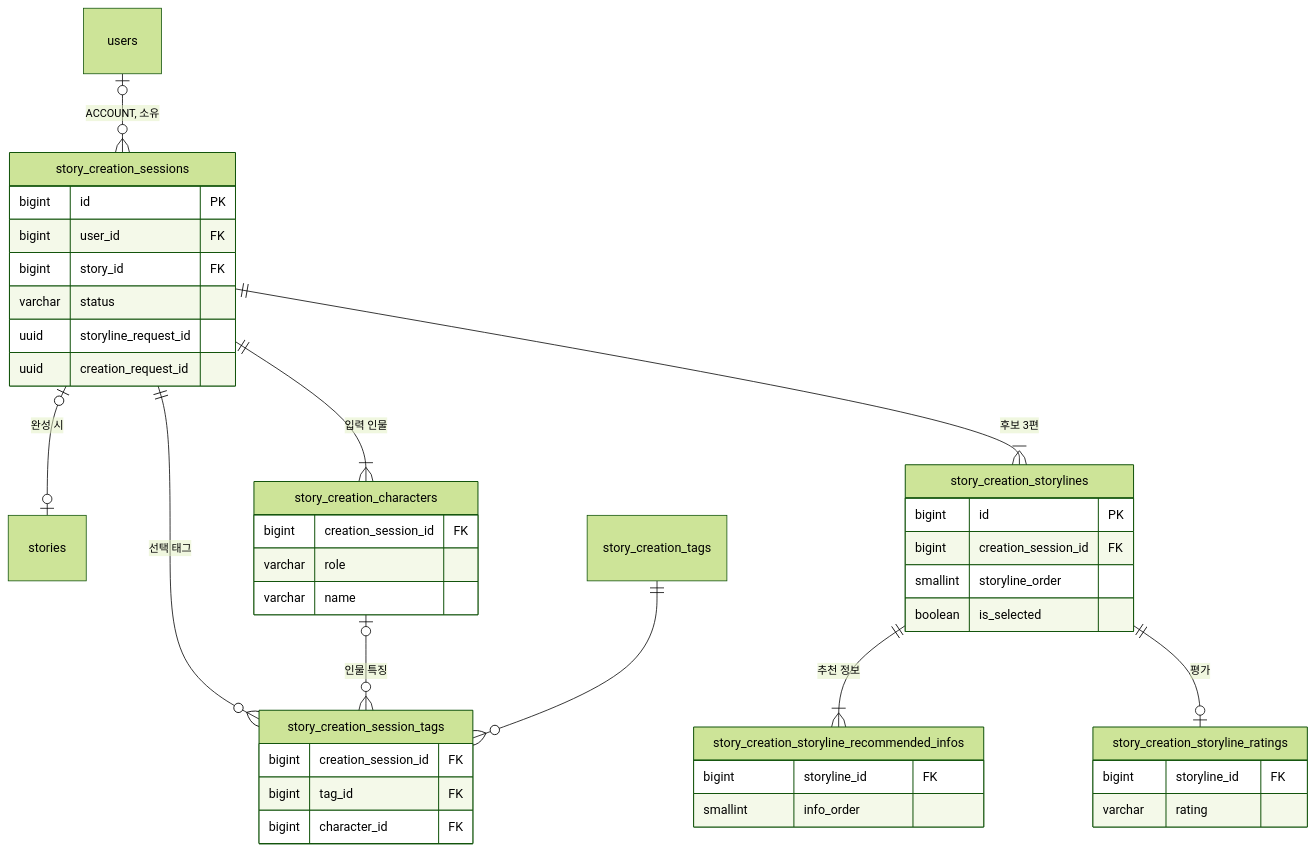
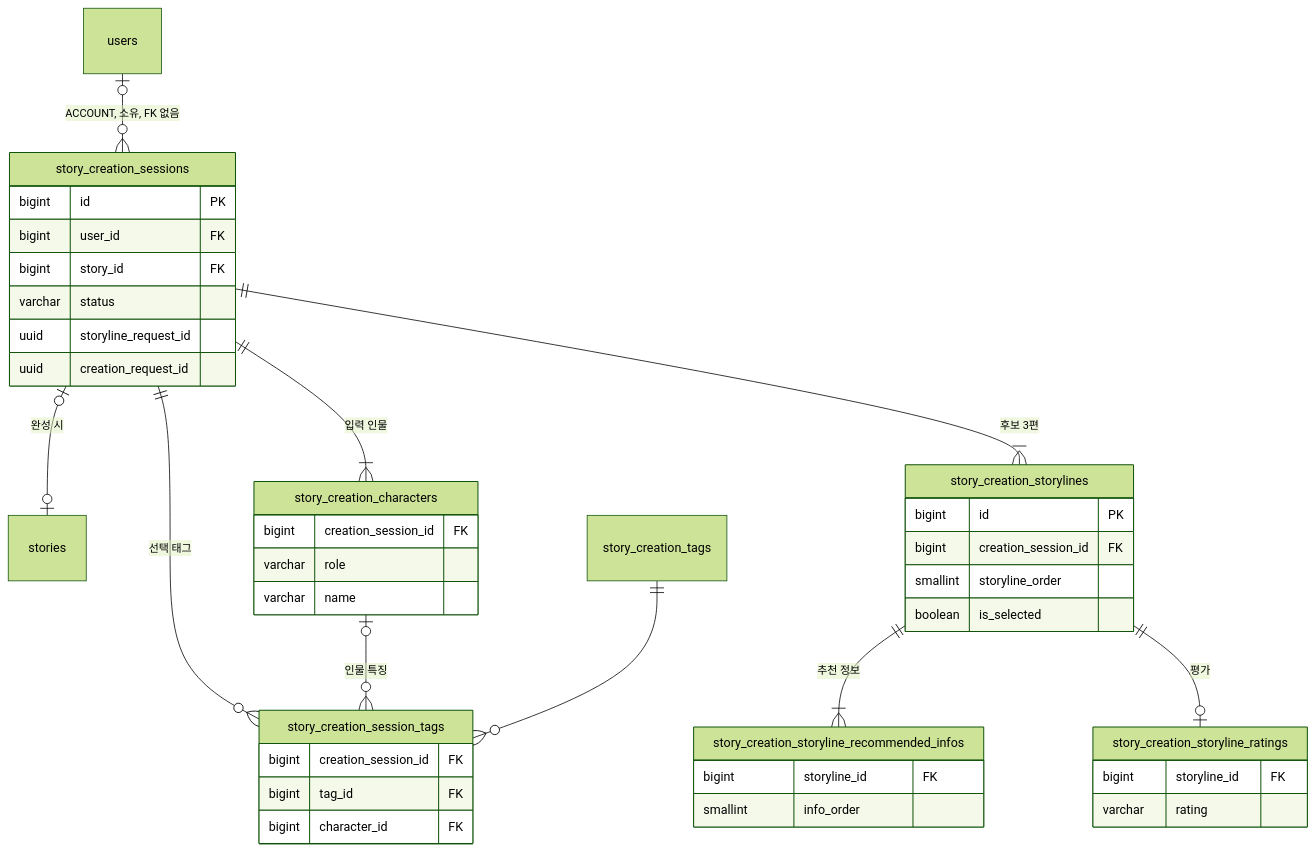
Before and after one commit to KIM-N-KANG/knk-harness: the second of 3 diagrams in docs/domain/STORY/BACKEND/3-2-DB-SCHEMA.md, drawn with Mermaid (forest theme). The commit also changed other lines of this file and 10 other files, not shown here.

````diff
--- a/docs/domain/STORY/BACKEND/3-2-DB-SCHEMA.md
+++ b/docs/domain/STORY/BACKEND/3-2-DB-SCHEMA.md
@@ -120,44 +120,44 @@
 ```mermaid
 erDiagram
-    users |o--o{ story_creation_sessions : "ACCOUNT, 소유"
+    users |o--o{ story_creation_sessions : "ACCOUNT, 소유, FK 없음"
     story_creation_sessions |o--o| stories : "완성 시"
     story_creation_sessions ||--|{ story_creation_characters : "입력 인물"
     story_creation_sessions ||--o{ story_creation_session_tags : "선택 태그"
     story_creation_characters |o--o{ story_creation_session_tags : "인물 특징"
     story_creation_tags ||--o{ story_creation_session_tags : ""
     story_creation_sessions ||--|{ story_creation_storylines : "후보 3편"
     story_creation_storylines ||--|{ story_creation_storyline_recommended_infos : "추천 정보"
     story_creation_storylines ||--o| story_creation_storyline_ratings : "평가"
     story_creation_sessions {
         bigint id PK
         bigint user_id FK
         bigint story_id FK
         varchar status
         uuid storyline_request_id
         uuid creation_request_id
     }
     story_creation_characters {
         bigint creation_session_id FK
         varchar role
         varchar name
     }
     story_creation_session_tags {
         bigint creation_session_id FK
         bigint tag_id FK
         bigint character_id FK
     }
     story_creation_storylines {
         bigint id PK
         bigint creation_session_id FK
         smallint storyline_order
         boolean is_selected
     }
     story_creation_storyline_recommended_infos {
         bigint storyline_id FK
         smallint info_order
     }
     story_creation_storyline_ratings {
         bigint storyline_id FK
         varchar rating
     }
 ```
````
